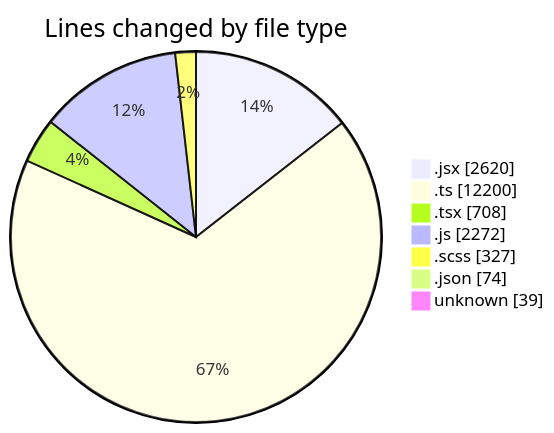
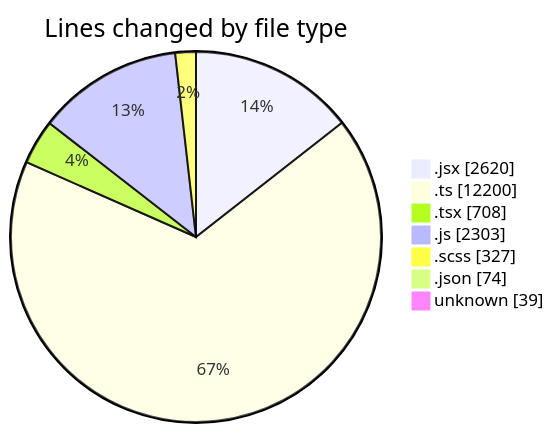
Before and after one commit to momahboobian/code-tracking: the first of 2 diagrams in 2025-06-05/cda/README.md, drawn with Mermaid. The commit also changed other lines of this file and 1 other file, not shown here.

````diff
--- a/2025-06-05/cda/README.md
+++ b/2025-06-05/cda/README.md
@@ -52,11 +52,11 @@
 ```mermaid
 pie showData
 title Lines changed by file type
 ".jsx" : 2620
 ".ts" : 12200
 ".tsx" : 708
-".js" : 2272
+".js" : 2303
 ".scss" : 327
 ".json" : 74
 "unknown" : 39
 ```
````
